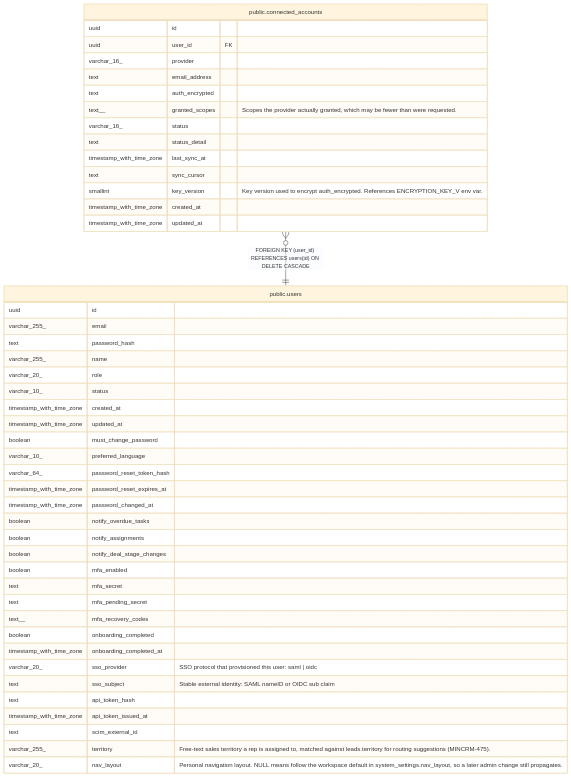
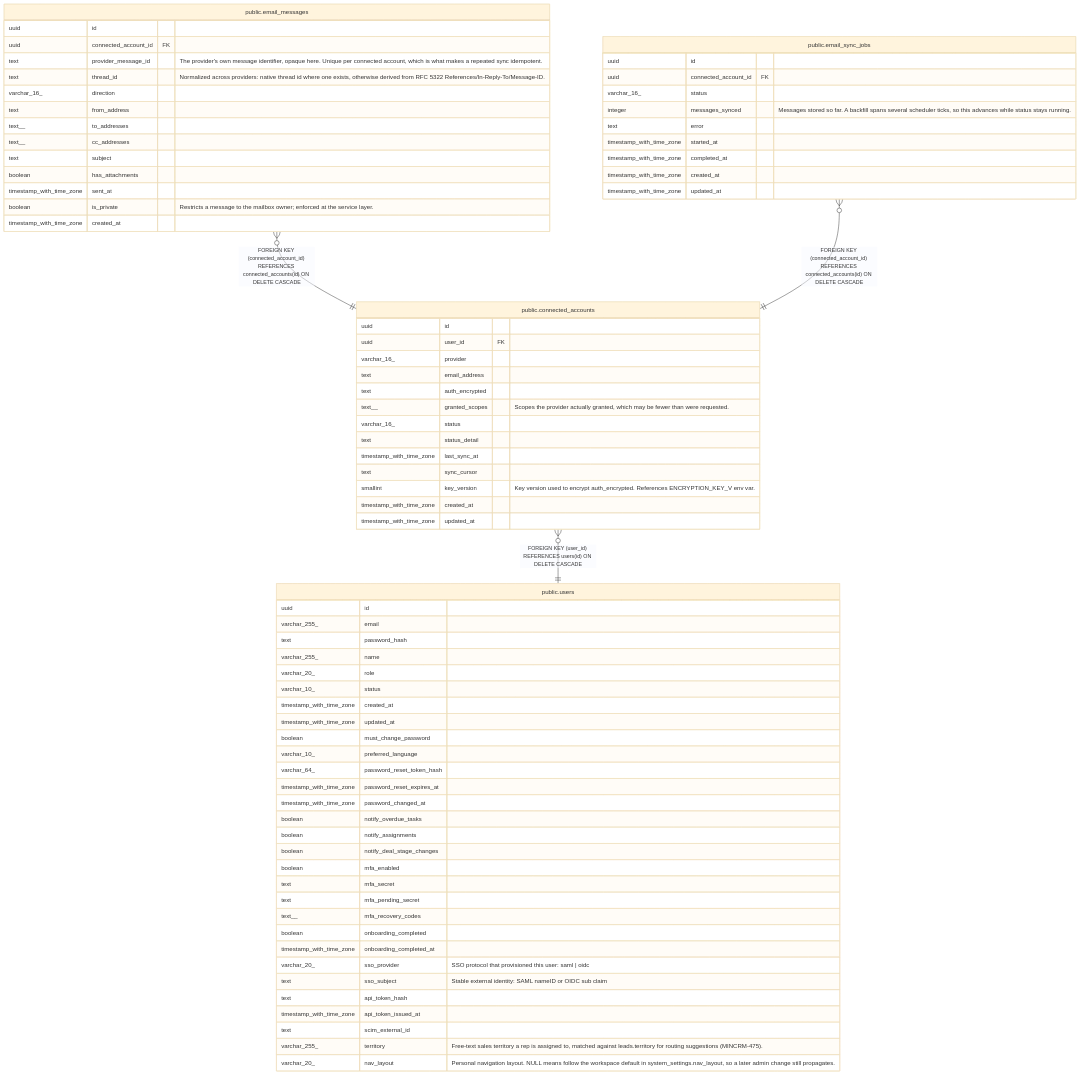
Before and after one commit to rkseattle/minicrm: the diagram in docs/schema/public.connected_accounts.md, drawn with Mermaid (base theme). The commit also changed other lines of this file and 7 other files, not shown here.

First line of the commit message:
feat(db): email message and sync job tables (MINCRM-577)

````diff
--- a/docs/schema/public.connected_accounts.md
+++ b/docs/schema/public.connected_accounts.md
@@ -51,52 +51,80 @@
 ```mermaid
 erDiagram
 
+"public.email_messages" }o--|| "public.connected_accounts" : "FOREIGN KEY (connected_account_id) REFERENCES connected_accounts(id) ON DELETE CASCADE"
+"public.email_sync_jobs" }o--|| "public.connected_accounts" : "FOREIGN KEY (connected_account_id) REFERENCES connected_accounts(id) ON DELETE CASCADE"
 "public.connected_accounts" }o--|| "public.users" : "FOREIGN KEY (user_id) REFERENCES users(id) ON DELETE CASCADE"
 
 "public.connected_accounts" {
   uuid id ""
   uuid user_id FK ""
   varchar_16_ provider ""
   text email_address ""
   text auth_encrypted ""
   text__ granted_scopes "Scopes the provider actually granted, which may be fewer than were requested."
   varchar_16_ status ""
   text status_detail ""
   timestamp_with_time_zone last_sync_at ""
   text sync_cursor ""
   smallint key_version "Key version used to encrypt auth_encrypted. References ENCRYPTION_KEY_V<n> env var."
+  timestamp_with_time_zone created_at ""
+  timestamp_with_time_zone updated_at ""
+}
+"public.email_messages" {
+  uuid id ""
+  uuid connected_account_id FK ""
+  text provider_message_id "The provider's own message identifier, opaque here. Unique per connected account, which is what makes a repeated sync idempotent."
+  text thread_id "Normalized across providers: native thread id where one exists, otherwise derived from RFC 5322 References/In-Reply-To/Message-ID."
+  varchar_16_ direction ""
+  text from_address ""
+  text__ to_addresses ""
+  text__ cc_addresses ""
+  text subject ""
+  boolean has_attachments ""
+  timestamp_with_time_zone sent_at ""
+  boolean is_private "Restricts a message to the mailbox owner; enforced at the service layer."
+  timestamp_with_time_zone created_at ""
+}
+"public.email_sync_jobs" {
+  uuid id ""
+  uuid connected_account_id FK ""
+  varchar_16_ status ""
+  integer messages_synced "Messages stored so far. A backfill spans several scheduler ticks, so this advances while status stays running."
+  text error ""
+  timestamp_with_time_zone started_at ""
+  timestamp_with_time_zone completed_at ""
   timestamp_with_time_zone created_at ""
   timestamp_with_time_zone updated_at ""
 }
 "public.users" {
   uuid id ""
   varchar_255_ email ""
   text password_hash ""
   varchar_255_ name ""
   varchar_20_ role ""
   varchar_10_ status ""
   timestamp_with_time_zone created_at ""
   timestamp_with_time_zone updated_at ""
   boolean must_change_password ""
   varchar_10_ preferred_language ""
   varchar_64_ password_reset_token_hash ""
   timestamp_with_time_zone password_reset_expires_at ""
   timestamp_with_time_zone password_changed_at ""
   boolean notify_overdue_tasks ""
   boolean notify_assignments ""
   boolean notify_deal_stage_changes ""
   boolean mfa_enabled ""
   text mfa_secret ""
   text mfa_pending_secret ""
   text__ mfa_recovery_codes ""
   boolean onboarding_completed ""
   timestamp_with_time_zone onboarding_completed_at ""
   varchar_20_ sso_provider "SSO protocol that provisioned this user: saml | oidc"
   text sso_subject "Stable external identity: SAML nameID or OIDC sub claim"
   text api_token_hash ""
   timestamp_with_time_zone api_token_issued_at ""
   text scim_external_id ""
   varchar_255_ territory "Free-text sales territory a rep is assigned to, matched against leads.territory for routing suggestions (MINCRM-475)."
   varchar_20_ nav_layout "Personal navigation layout. NULL means follow the workspace default in system_settings.nav_layout, so a later admin change still propagates."
 }
 ```
````
